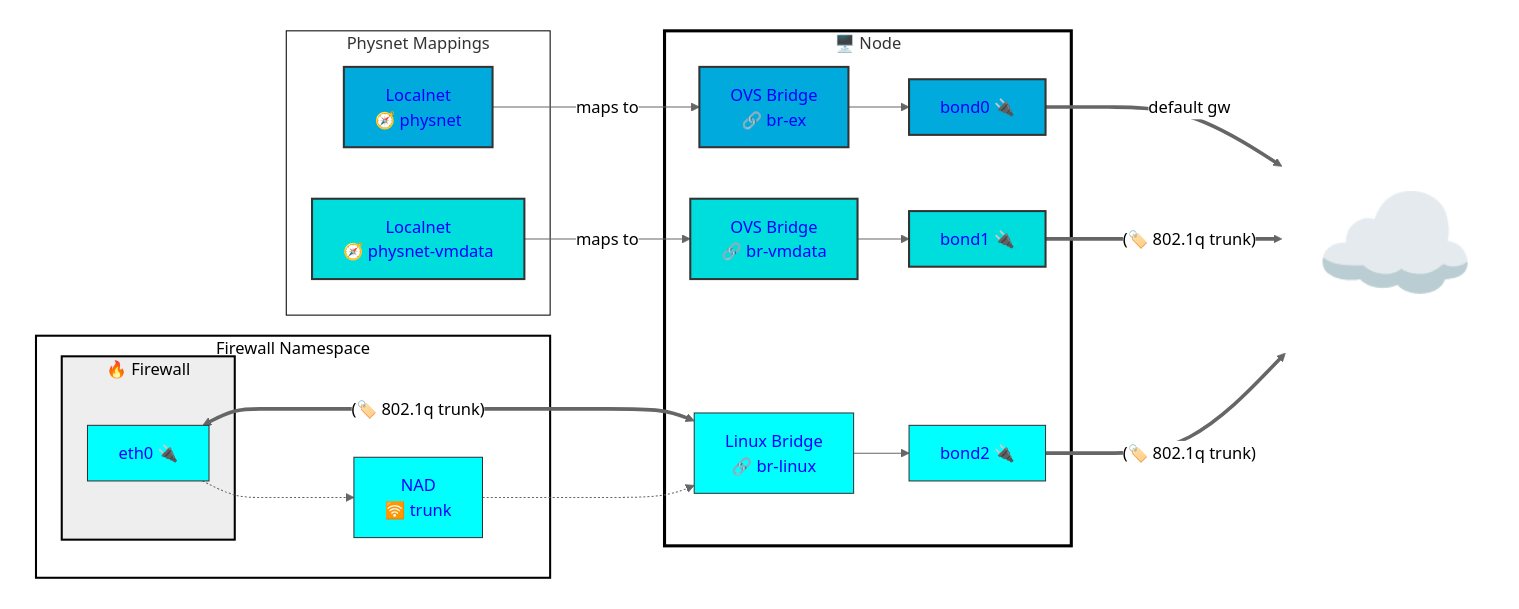
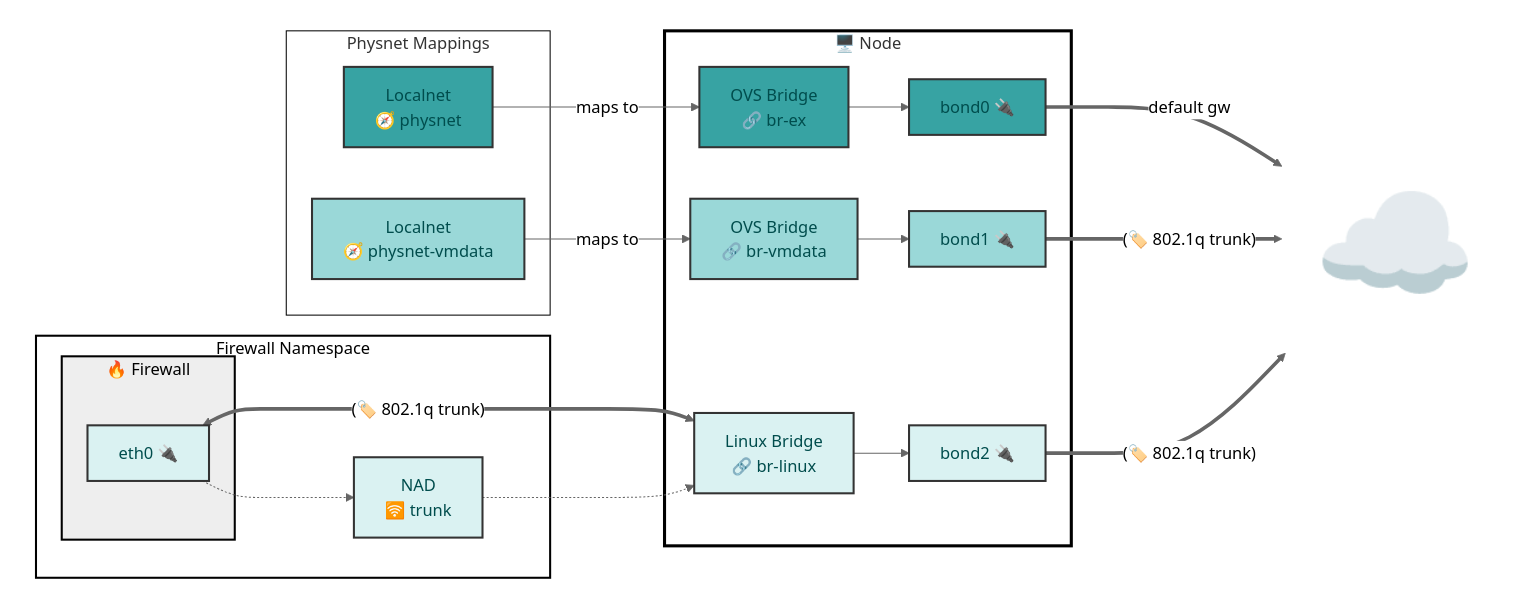
The seventh of 7 diagrams in README.md (dlbewley/demo-rhone-26), drawn with Mermaid (neutral theme) before and after one commit. The commit also changed other lines of this file, not shown here.

Commit message:
color parity

````diff
--- a/README.md
+++ b/README.md
@@ -393,69 +392,64 @@
 ```mermaid
 graph LR;
     subgraph Cluster[" "]
 
       subgraph Localnets["Physnet Mappings"]
         physnet-ex[Localnet<br> 🧭 physnet]
         physnet-vmdata[Localnet<br> 🧭 physnet-vmdata]
       end
         subgraph ns-client[" Firewall Namespace"]
           nad-vgt-client[NAD<br> 🛜 trunk]
           subgraph vm-client["🔥 Firewall"]
               vgt-client-eth0[eth0 🔌]
           end
         end
 
       subgraph node1["🖥️ Node "]
         br-ex[ OVS Bridge<br> 🔗 br-ex]
         br-vmdata[ OVS Bridge<br> 🔗 br-vmdata]
         br-linux[ Linux Bridge<br> 🔗 br-linux]
         node1-bond0[bond0 🔌]
         node1-bond1[bond1 🔌]
         node1-bond2[bond2 🔌]
       end
     end
 
     physnet-ex -- maps to --> br-ex
     physnet-vmdata -- maps to --> br-vmdata
     br-ex --> node1-bond0
     br-vmdata --> node1-bond1
     br-linux --> node1-bond2
     vgt-client-eth0 <==(🏷️ 802.1q trunk)==> br-linux
     vgt-client-eth0 -.-> nad-vgt-client
     nad-vgt-client -.->  br-linux
 
     Internet["☁️ "]:::Internet
     node1-bond0 ==default gw==> Internet
     node1-bond1 ==(🏷️ 802.1q trunk)==> Internet
     node1-bond2 ==(🏷️ 802.1q trunk)==> Internet
 
-    classDef node-eth fill:#00dddd,color:#00f,stroke:#333,stroke-width:2px
+    classDef bond0 fill:#37A3A3,color:#004d4d,stroke:#333,stroke-width:2px
+    class br-ex,physnet-ex,node1-bond0 bond0
 
-    classDef vlan-default fill:#00aadd,color:#00f,stroke:#333,stroke-width:2px
-    class br-ex,physnet-ex,node1-bond0 vlan-default
+    classDef bond1 fill:#9ad8d8,color:#004d4d,stroke:#333,stroke-width:2px
+    class br-vmdata,physnet-vmdata,node1-bond1 bond1
 
-    classDef vlan-1924 fill:#00dddd,color:#00f,stroke:#333,stroke-width:2px
-    class br-vmdata,physnet-vmdata vlan-1924
+    classDef bond2 fill:#daf2f2,color:#004d4d,stroke:#333,stroke-width:2px
+    class nad-vgt-client,vgt-client-eth0,br-linux,node1-bond2 bond2
 
     classDef labels stroke-width:1px,color:#fff,fill:#005577
     classDef networks fill:#cdd,stroke-width:0px
 
     style Localnets fill:#fff,stroke:#000,stroke-width:1px
     style Cluster color:#000,fill:#fff,stroke:#333,stroke-width:0px
     style Internet fill:none,stroke-width:0px,font-size:+2em
 
     classDef nodes fill:#fff,stroke:#000,stroke-width:3px
     class node1,node2,node3 nodes
 
-    classDef node-eth fill:#00dddd,color:#00f,stroke:#333,stroke-width:2px
-    class node1-bond1 node-eth
-
-    classDef nad-vgt fill:#00ffff,color:#00f,stroke:#333,stroke-width:1px
-    class nad-vgt-client,vgt-client-eth0,node1-bond2,br-linux nad-vgt
-
     classDef vm color:#000,fill:#eee,stroke:#000,stroke-width:2px
     class vm-client,vm-ldap,vm-nfs vm
 
     classDef namespace color:#000,fill:#fff,stroke:#000,stroke-width:2px;
     class ns-nfs,ns-client,ns-ldap namespace;
 ```
````
